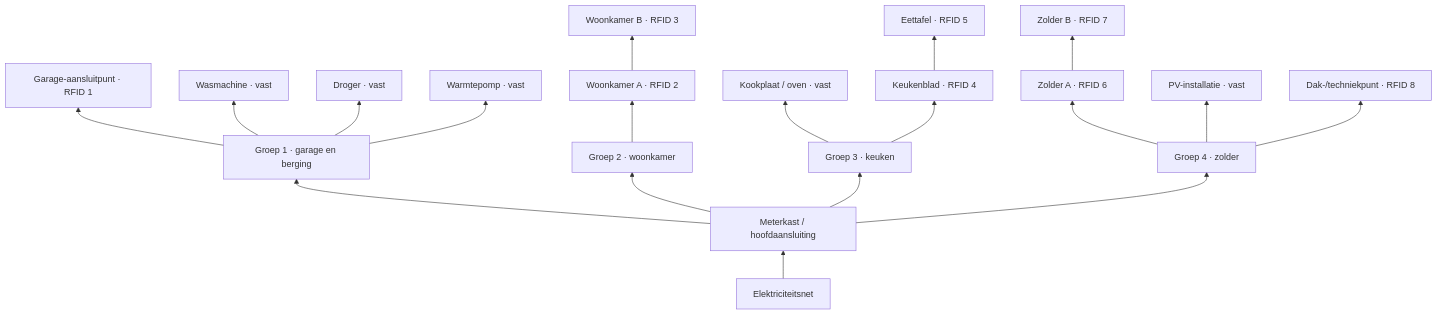
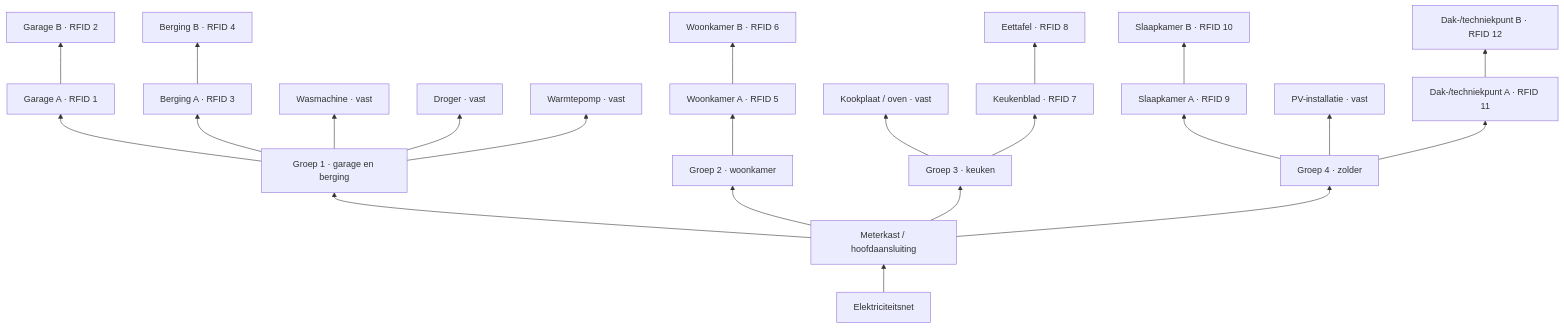
One commit to jpduhen/VET-woonhuis changed the diagram in ONTWERP.md. Above: the diagram before and after it, drawn with Mermaid. The commit also changed other lines of this file, not shown here.

Commit message:
Voeg vier RFID-punten per verdieping toe

````diff
--- a/ONTWERP.md
+++ b/ONTWERP.md
@@ -13,25 +13,29 @@
 ```mermaid
 flowchart BT
   NET["Elektriciteitsnet"] --> MK["Meterkast / hoofdaansluiting"]
   MK --> G1["Groep 1 · garage en berging"]
   MK --> G2["Groep 2 · woonkamer"]
   MK --> G3["Groep 3 · keuken"]
   MK --> G4["Groep 4 · zolder"]
 
-  G1 --> GAR["Garage-aansluitpunt · RFID 1"]
+  G1 --> GAR1["Garage A · RFID 1"]
+  GAR1 --> GAR2["Garage B · RFID 2"]
+  G1 --> BER1["Berging A · RFID 3"]
+  BER1 --> BER2["Berging B · RFID 4"]
   G1 --> WM["Wasmachine · vast"]
   G1 --> DR["Droger · vast"]
   G1 --> WP["Warmtepomp · vast"]
 
-  G2 --> W1["Woonkamer A · RFID 2"]
-  W1 --> W2["Woonkamer B · RFID 3"]
+  G2 --> W1["Woonkamer A · RFID 5"]
+  W1 --> W2["Woonkamer B · RFID 6"]
 
   G3 --> KO["Kookplaat / oven · vast"]
-  G3 --> K1["Keukenblad · RFID 4"]
-  K1 --> K2["Eettafel · RFID 5"]
+  G3 --> K1["Keukenblad · RFID 7"]
+  K1 --> K2["Eettafel · RFID 8"]
 
-  G4 --> Z1["Zolder A · RFID 6"]
-  Z1 --> Z2["Zolder B · RFID 7"]
+  G4 --> Z1["Slaapkamer A · RFID 9"]
+  Z1 --> Z2["Slaapkamer B · RFID 10"]
   G4 --> PV["PV-installatie · vast"]
-  G4 --> DAK["Dak-/techniekpunt · RFID 8"]
+  G4 --> DAK1["Dak-/techniekpunt A · RFID 11"]
+  DAK1 --> DAK2["Dak-/techniekpunt B · RFID 12"]
 ```
````
